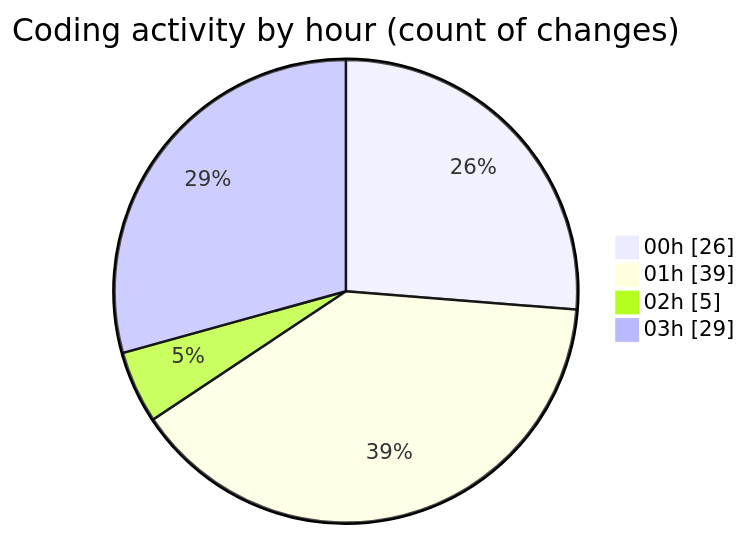
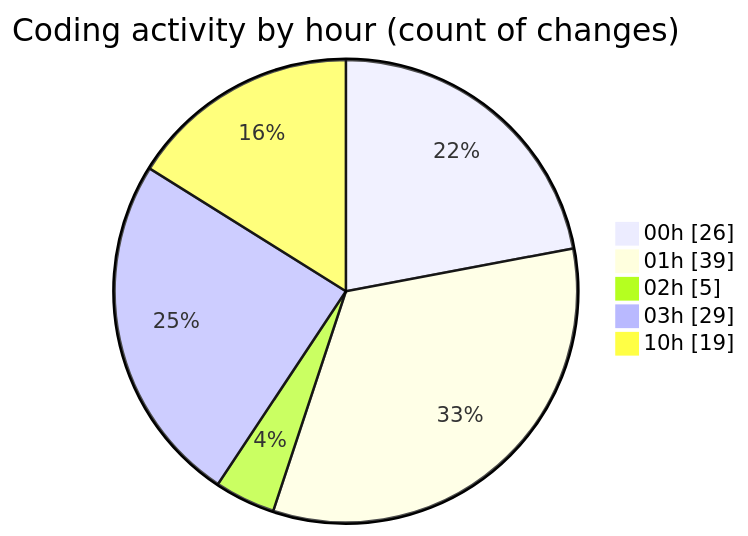
The second of 2 diagrams in 2025-08-17/rentotp/README.md (lephambinh05/code-tracking), drawn with Mermaid before and after one commit. The commit also changed other lines of this file and 1 other file, not shown here.

````diff
--- a/2025-08-17/rentotp/README.md
+++ b/2025-08-17/rentotp/README.md
@@ -57,8 +62,9 @@
 ```mermaid
 pie showData
 title Coding activity by hour (count of changes)
 "00h" : 26
 "01h" : 39
 "02h" : 5
 "03h" : 29
+"10h" : 19
 ```
````
